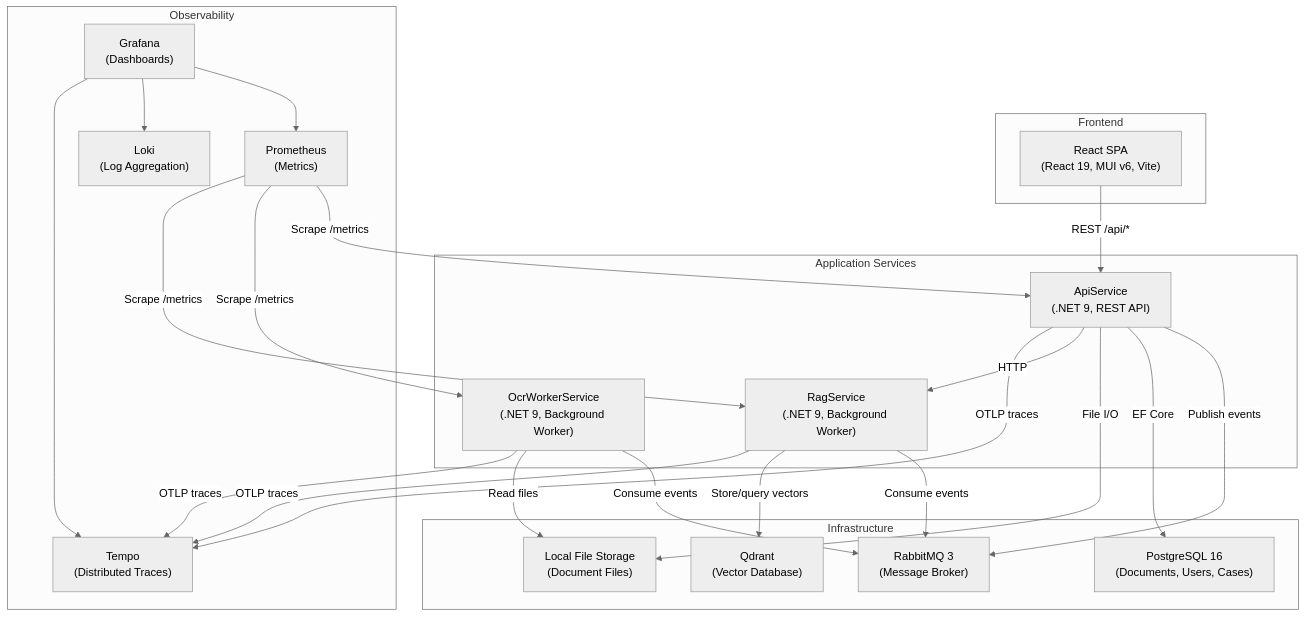
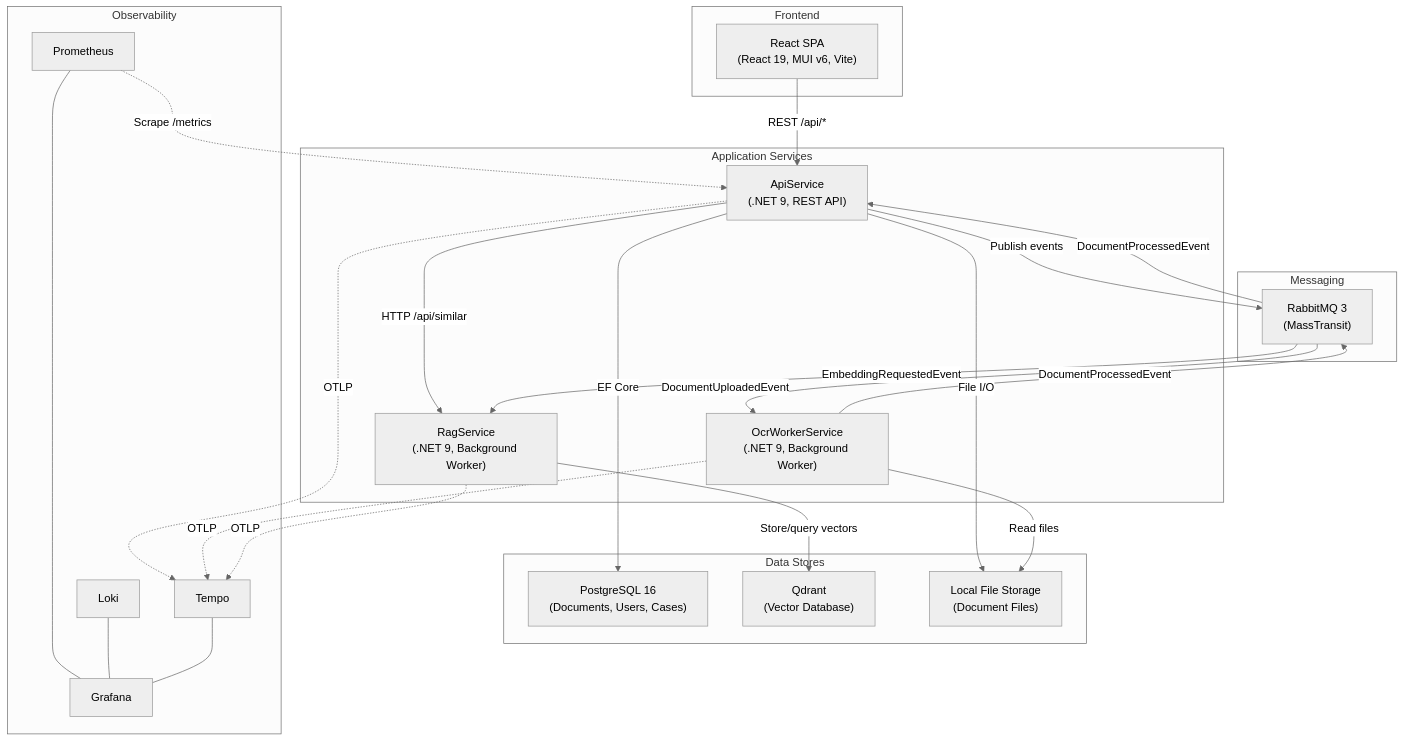
The first of 5 diagrams in docs/architecture.md (wfhanna1/ai-case-management-system), drawn with Mermaid (neutral theme) before and after one commit. The commit also changed other lines of this file and 40 other files, not shown here.

First line of the commit message:
fix: recent activities, security findings, architecture diagrams (#124, #106, #123) (#131)

````diff
--- a/docs/architecture.md
+++ b/docs/architecture.md
@@ -35,50 +28,48 @@
 ```mermaid
 graph TB
     subgraph "Frontend"
         SPA["React SPA<br/>(React 19, MUI v6, Vite)"]
     end
 
     subgraph "Application Services"
         API["ApiService<br/>(.NET 9, REST API)"]
         OCR["OcrWorkerService<br/>(.NET 9, Background Worker)"]
         RAG["RagService<br/>(.NET 9, Background Worker)"]
     end
 
-    subgraph "Infrastructure"
+    subgraph "Data Stores"
         PG["PostgreSQL 16<br/>(Documents, Users, Cases)"]
-        RMQ["RabbitMQ 3<br/>(Message Broker)"]
         QD["Qdrant<br/>(Vector Database)"]
         FS["Local File Storage<br/>(Document Files)"]
     end
 
+    subgraph "Messaging"
+        RMQ["RabbitMQ 3<br/>(MassTransit)"]
+    end
+
     subgraph "Observability"
-        PROM["Prometheus<br/>(Metrics)"]
-        GRAF["Grafana<br/>(Dashboards)"]
-        LOKI["Loki<br/>(Log Aggregation)"]
-        TEMPO["Tempo<br/>(Distributed Traces)"]
+        PROM["Prometheus"] --- GRAF["Grafana"]
+        LOKI["Loki"] --- GRAF
+        TEMPO["Tempo"] --- GRAF
     end
 
     SPA -->|"REST /api/*"| API
     API -->|"Publish events"| RMQ
     API -->|"EF Core"| PG
     API -->|"File I/O"| FS
-    API -->|"HTTP"| RAG
+    API -->|"HTTP /api/similar"| RAG
 
-    OCR -->|"Consume events"| RMQ
+    RMQ -->|"DocumentUploadedEvent"| OCR
     OCR -->|"Read files"| FS
+    OCR -->|"DocumentProcessedEvent"| RMQ
 
-    RAG -->|"Consume events"| RMQ
+    RMQ -->|"EmbeddingRequestedEvent"| RAG
     RAG -->|"Store/query vectors"| QD
 
-    API -->|"OTLP traces"| TEMPO
-    OCR -->|"OTLP traces"| TEMPO
-    RAG -->|"OTLP traces"| TEMPO
+    RMQ -->|"DocumentProcessedEvent"| API
 
-    PROM -->|"Scrape /metrics"| API
-    PROM -->|"Scrape /metrics"| OCR
-    PROM -->|"Scrape /metrics"| RAG
-
-    GRAF --> PROM
-    GRAF --> LOKI
-    GRAF --> TEMPO
+    API -.->|"OTLP"| TEMPO
+    OCR -.->|"OTLP"| TEMPO
+    RAG -.->|"OTLP"| TEMPO
+    PROM -.->|"Scrape /metrics"| API
 ```
````
